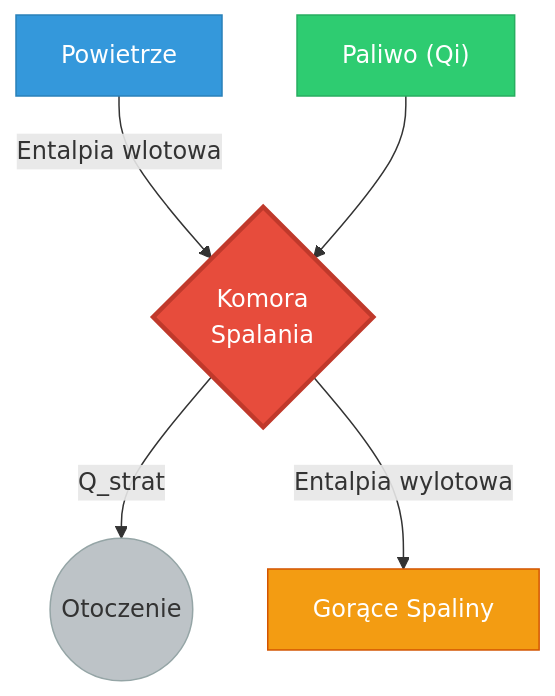
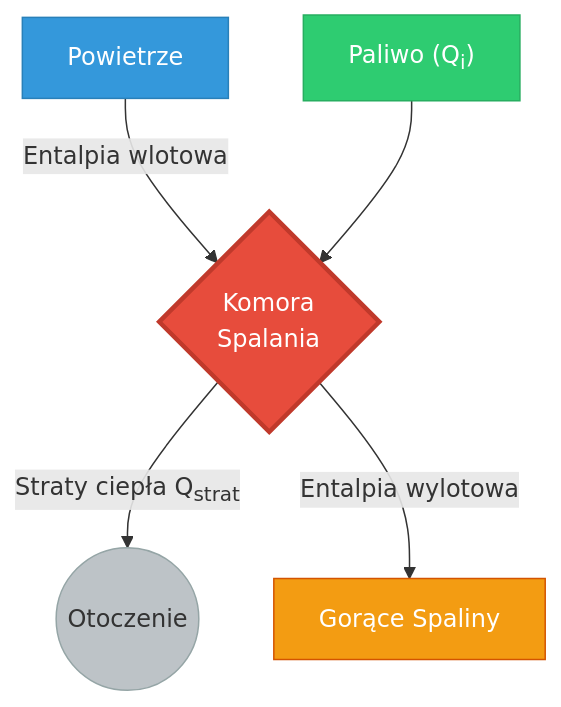
The second of 2 diagrams in Wyklady/03_I_Zasada_Otwarte.qmd (moondec/Termodynamika), drawn with Mermaid before and after one commit. The commit also changed other lines of this file and 80 other files, not shown here.

````diff
--- a/Wyklady/03_I_Zasada_Otwarte.qmd
+++ b/Wyklady/03_I_Zasada_Otwarte.qmd
@@ -450,14 +455,14 @@
 ```{mermaid}
 flowchart TB
     A["Powietrze"] -->|Entalpia wlotowa| C
-    B["Paliwo (Qi)"] --> C{"Komora<br>Spalania"}
+    B["Paliwo (Q<sub>i</sub>)"] --> C{"Komora<br>Spalania"}
     
-    C -->|Q_strat| D((Otoczenie))
+    C -->|"Straty ciepła Q<sub>strat</sub>"| D((Otoczenie))
     C -->|Entalpia wylotowa| E["Gorące Spaliny"]
 
     style C fill:#e74c3c,stroke:#c0392b,stroke-width:3px,color:#fff
     style A fill:#3498db,stroke:#2980b9,color:#fff
     style B fill:#2ecc71,stroke:#27ae60,color:#fff
     style E fill:#f39c12,stroke:#d35400,color:#fff
     style D fill:#bdc3c7,stroke:#95a5a6
 ```
````
